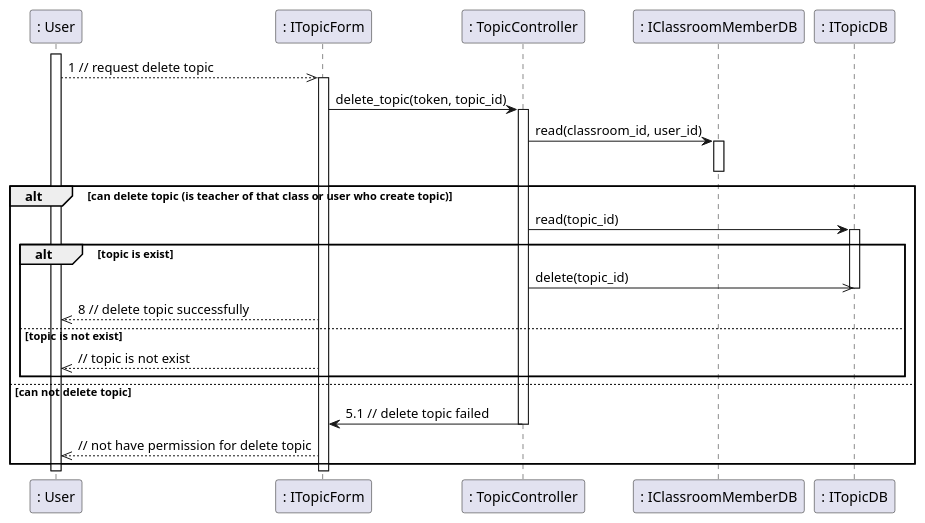
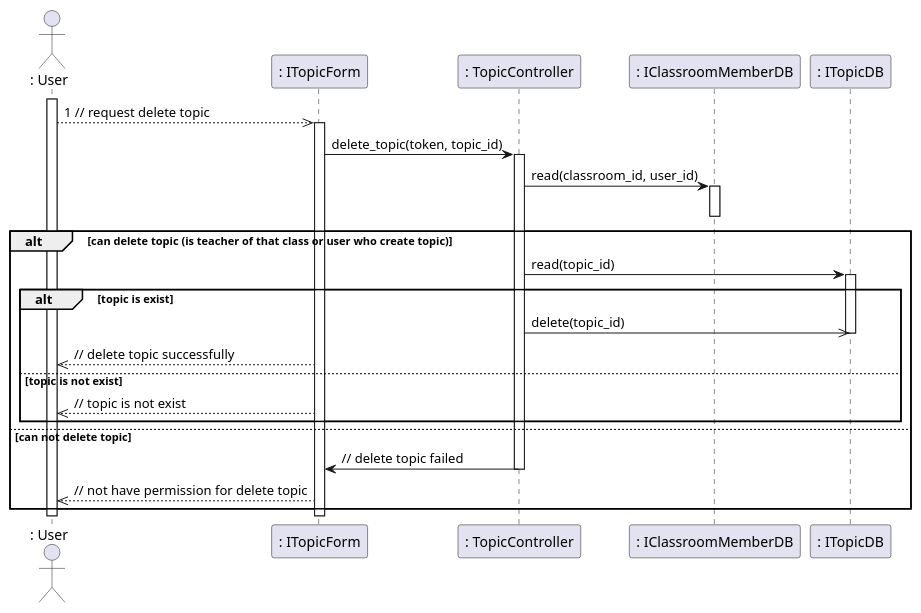
Before and after one commit to anonyhostvn/OOAD-Diagram: the diagram in sequence - design/topic/deleteTopic.plantuml, drawn with PlantUML. The commit also changed 7 other files, not shown here.

Commit message:
fix sequence design actor icon

```diff
--- a/sequence - design/topic/deleteTopic.plantuml
+++ b/sequence - design/topic/deleteTopic.plantuml
@@ -1,32 +1,34 @@
 @startuml deleteTopic
+
+actor ": User"
 activate ": User"
 
 ": User" -->> ": ITopicForm": 1 // request delete topic
 activate ": ITopicForm"
 ": ITopicForm" -> ": TopicController": delete_topic(token, topic_id)
 activate ": TopicController"
 ": TopicController" -> ": IClassroomMemberDB": read(classroom_id, user_id)
 activate ": IClassroomMemberDB"
 deactivate ": IClassroomMemberDB"
 alt can delete topic (is teacher of that class or user who create topic)
     ": TopicController" -> ": ITopicDB": read(topic_id)
     activate ": ITopicDB"
     alt topic is exist
         ": TopicController" ->> ": ITopicDB": delete(topic_id)
         deactivate ": ITopicDB"
-        ": ITopicForm" -->> ": User": 8 // delete topic successfully
+        ": ITopicForm" -->> ": User": // delete topic successfully
     else topic is not exist
         ": ITopicForm" -->> ": User": // topic is not exist
     end
     
 else can not delete topic
-    ": TopicController" -> ": ITopicForm": 5.1 // delete topic failed
+    ": TopicController" -> ": ITopicForm": // delete topic failed
     deactivate ": TopicController"
     ": ITopicForm" -->> ": User": // not have permission for delete topic
 end
 
 deactivate ": User"
 deactivate ": ITopicForm"
 
 
 @enduml
```
